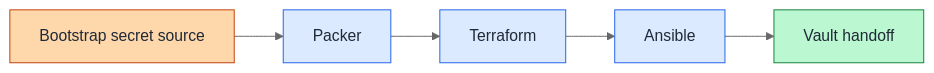
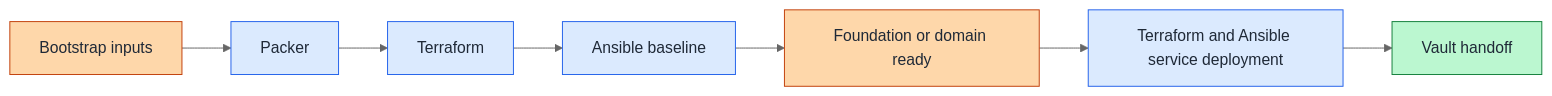
One commit to Rexus/homelab changed the second of 2 diagrams in docs/architecture/overview.md. Above: the diagram before and after it, drawn with Mermaid (neutral theme). The commit also changed other lines of this file and 35 other files, not shown here.

````diff
--- a/docs/architecture/overview.md
+++ b/docs/architecture/overview.md
@@ -81,15 +89,17 @@
 ```mermaid
 flowchart LR
-  A["Bootstrap secret source"] --> B["Packer"]
+  A["Bootstrap inputs"] --> B["Packer"]
   B --> C["Terraform"]
-  C --> D["Ansible"]
-  D --> E["Vault handoff"]
+  C --> D["Ansible baseline"]
+  D --> E["Foundation or domain ready"]
+  E --> F["Terraform and Ansible service deployment"]
+  F --> G["Vault handoff"]
 
   classDef mgmtNode fill:#fed7aa,stroke:#c2410c,color:#1f2937
   classDef buildNode fill:#dbeafe,stroke:#2563eb,color:#1f2937
   classDef vaultNode fill:#bbf7d0,stroke:#15803d,color:#1f2937
 
-  class A mgmtNode
-  class B,C,D buildNode
-  class E vaultNode
+  class A,E mgmtNode
+  class B,C,D,F buildNode
+  class G vaultNode
 ```
````
